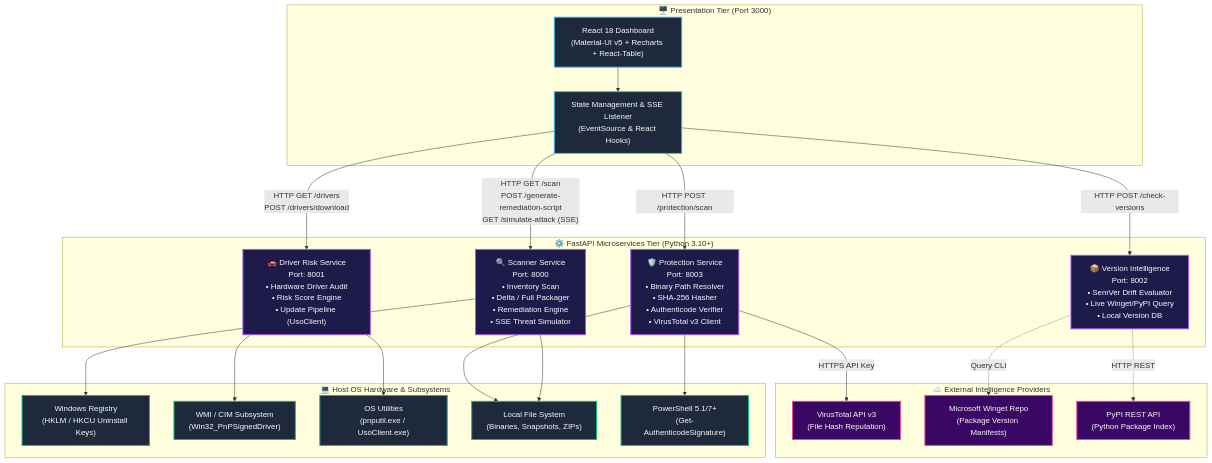
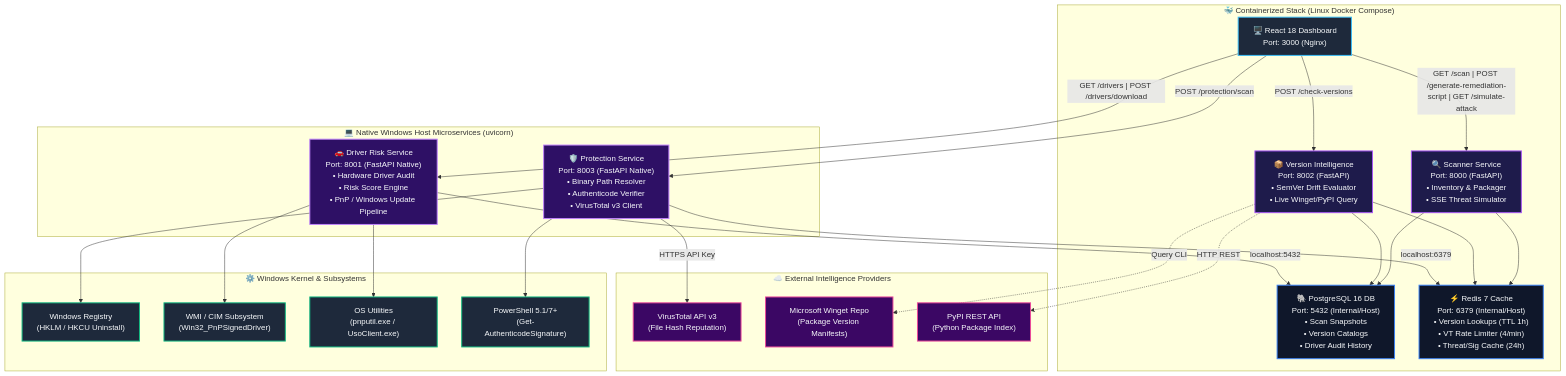
One commit to Darksider70-yep/System_Revamp changed the first of 6 diagrams in docs/architecture.md. Above: the diagram before and after it, drawn with Mermaid. The commit also changed other lines of this file and 1 other file, not shown here.

Commit message:
docs: add architecture specification and system design documentation

````diff
--- a/docs/architecture.md
+++ b/docs/architecture.md
@@ -19,56 +19,63 @@
 ```mermaid
 graph TB
     %% STYLING
     classDef clientStyle fill:#1e293b,stroke:#38bdf8,stroke-width:2px,color:#f8fafc;
     classDef serviceStyle fill:#1e1b4b,stroke:#a855f7,stroke-width:2px,color:#f8fafc;
+    classDef nativeStyle fill:#2e1065,stroke:#c084fc,stroke-width:2px,color:#f8fafc;
+    classDef dbStyle fill:#0f172a,stroke:#3b82f6,stroke-width:2px,color:#f8fafc;
     classDef osStyle fill:#1e293b,stroke:#10b981,stroke-width:2px,color:#f8fafc;
     classDef cloudStyle fill:#3b0764,stroke:#ec4899,stroke-width:2px,color:#f8fafc;
 
-    %% FRONTEND TIER
-    subgraph Frontend_Tier["🖥️ Presentation Tier (Port 3000)"]
-        UI["React 18 Dashboard<br/>(Material-UI v5 + Recharts + React-Table)"]:::clientStyle
-        StateEngine["State Management & SSE Listener<br/>(EventSource & React Hooks)"]:::clientStyle
-        UI --> StateEngine
+    %% CONTAINERIZED DOCKER COMPOSE TIER
+    subgraph Docker_Compose_Tier["🐳 Containerized Stack (Linux Docker Compose)"]
+        UI["🖥️ React 18 Dashboard<br/>Port: 3000 (Nginx)"]:::clientStyle
+        ScannerSvc["🔍 Scanner Service<br/>Port: 8000 (FastAPI)<br/>• Inventory & Packager<br/>• SSE Threat Simulator"]:::serviceStyle
+        VersionSvc["📦 Version Intelligence<br/>Port: 8002 (FastAPI)<br/>• SemVer Drift Evaluator<br/>• Live Winget/PyPI Query"]:::serviceStyle
+        PostgresDB["🐘 PostgreSQL 16 DB<br/>Port: 5432 (Internal/Host)<br/>• Scan Snapshots<br/>• Version Catalogs<br/>• Driver Audit History"]:::dbStyle
+        RedisCache["⚡ Redis 7 Cache<br/>Port: 6379 (Internal/Host)<br/>• Version Lookups (TTL 1h)<br/>• VT Rate Limiter (4/min)<br/>• Threat/Sig Cache (24h)"]:::dbStyle
     end
 
-    %% MICROSERVICES BACKEND TIER
-    subgraph Backend_Tier["⚙️ FastAPI Microservices Tier (Python 3.10+)"]
-        ScannerSvc["🔍 Scanner Service<br/>Port: 8000<br/>• Inventory Scan<br/>• Delta / Full Packager<br/>• Remediation Engine<br/>• SSE Threat Simulator"]:::serviceStyle
-        DriverSvc["🚗 Driver Risk Service<br/>Port: 8001<br/>• Hardware Driver Audit<br/>• Risk Score Engine<br/>• Update Pipeline (UsoClient)"]:::serviceStyle
-        VersionSvc["📦 Version Intelligence<br/>Port: 8002<br/>• SemVer Drift Evaluator<br/>• Live Winget/PyPI Query<br/>• Local Version DB"]:::serviceStyle
-        ProtectSvc["🛡️ Protection Service<br/>Port: 8003<br/>• Binary Path Resolver<br/>• SHA-256 Hasher<br/>• Authenticode Verifier<br/>• VirusTotal v3 Client"]:::serviceStyle
+    %% NATIVE WINDOWS HOST TIER
+    subgraph Native_Windows_Tier["💻 Native Windows Host Microservices (uvicorn)"]
+        DriverSvc["🚗 Driver Risk Service<br/>Port: 8001 (FastAPI Native)<br/>• Hardware Driver Audit<br/>• Risk Score Engine<br/>• PnP / Windows Update Pipeline"]:::nativeStyle
+        ProtectSvc["🛡️ Protection Service<br/>Port: 8003 (FastAPI Native)<br/>• Binary Path Resolver<br/>• Authenticode Verifier<br/>• VirusTotal v3 Client"]:::nativeStyle
     end
 
     %% LOCAL OS RUNTIME TIER
-    subgraph OS_Tier["💻 Host OS Hardware & Subsystems"]
-        Registry["Windows Registry<br/>(HKLM / HKCU Uninstall Keys)"]:::osStyle
+    subgraph OS_Tier["⚙️ Windows Kernel & Subsystems"]
+        Registry["Windows Registry<br/>(HKLM / HKCU Uninstall)"]:::osStyle
         WMIC_CIM["WMI / CIM Subsystem<br/>(Win32_PnPSignedDriver)"]:::osStyle
         PnpUtil["OS Utilities<br/>(pnputil.exe / UsoClient.exe)"]:::osStyle
-        FileSystem["Local File System<br/>(Binaries, Snapshots, ZIPs)"]:::osStyle
         PowerShell["PowerShell 5.1/7+<br/>(Get-AuthenticodeSignature)"]:::osStyle
     end
 
     %% EXTERNAL CLOUD SERVICES
     subgraph Cloud_Tier["☁️ External Intelligence Providers"]
         VT["VirusTotal API v3<br/>(File Hash Reputation)"]:::cloudStyle
         WingetRepo["Microsoft Winget Repo<br/>(Package Version Manifests)"]:::cloudStyle
         PyPIRepo["PyPI REST API<br/>(Python Package Index)"]:::cloudStyle
     end
 
-    %% INTERCONNECTS
-    StateEngine -- "HTTP GET /scan<br/>POST /generate-remediation-script<br/>GET /simulate-attack (SSE)" --> ScannerSvc
-    StateEngine -- "HTTP GET /drivers<br/>POST /drivers/download" --> DriverSvc
-    StateEngine -- "HTTP POST /check-versions" --> VersionSvc
-    StateEngine -- "HTTP POST /protection/scan" --> ProtectSvc
+    %% FRONTEND CONNECTIONS
+    UI -- "GET /scan | POST /generate-remediation-script | GET /simulate-attack" --> ScannerSvc
+    UI -- "GET /drivers | POST /drivers/download" --> DriverSvc
+    UI -- "POST /check-versions" --> VersionSvc
+    UI -- "POST /protection/scan" --> ProtectSvc
 
-    %% Service to OS links
-    ScannerSvc --> Registry
-    ScannerSvc --> FileSystem
+    %% PERSISTENCE & CACHE CONNECTIONS
+    ScannerSvc --> PostgresDB
+    ScannerSvc --> RedisCache
+    VersionSvc --> PostgresDB
+    VersionSvc --> RedisCache
+    DriverSvc -- "localhost:5432" --> PostgresDB
+    ProtectSvc -- "localhost:6379" --> RedisCache
+
+    %% NATIVE PROCESS OS ACCESS
     DriverSvc --> WMIC_CIM
     DriverSvc --> PnpUtil
+    ProtectSvc --> Registry
+    ProtectSvc --> PowerShell
+    ProtectSvc -- "HTTPS API Key" --> VT
     VersionSvc -. "Query CLI" .-> WingetRepo
     VersionSvc -. "HTTP REST" .-> PyPIRepo
-    ProtectSvc --> FileSystem
-    ProtectSvc --> PowerShell
-    ProtectSvc -- "HTTPS API Key" --> VT
 ```
````
